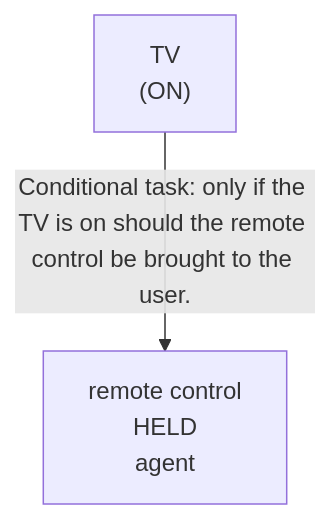
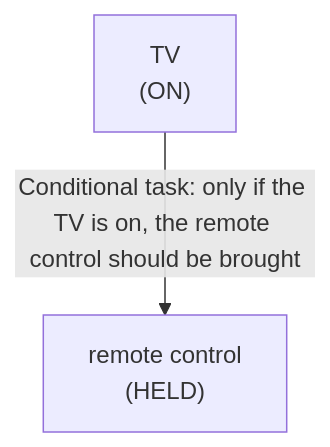
Before and after one commit to scuama/virtualhome: the first of 3 diagrams in evaluation/results/table3/robostate/runs/without_memory/M1_01/run_T3_without_memory_M1_01.md, drawn with Mermaid. The commit also changed other lines of this file and 507 other files, not shown here.

````diff
--- a/evaluation/results/table3/robostate/runs/without_memory/M1_01/run_T3_without_memory_M1_01.md
+++ b/evaluation/results/table3/robostate/runs/without_memory/M1_01/run_T3_without_memory_M1_01.md
@@ -72,6 +72,6 @@
 ```mermaid
 graph TD
     N1["TV<br>(ON)"]
-    N2["remote control<br>HELD<br>agent"]
-    N1 -->|"Conditional task: only if the TV is on should the remote control be brought to the user."| N2
+    N2["remote control<br>(HELD)"]
+    N1 -->|"Conditional task: only if the TV is on, the remote control should be brought"| N2
 ```
````
